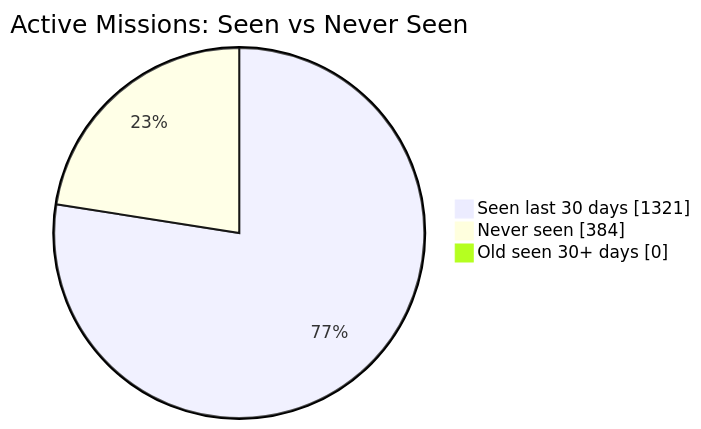
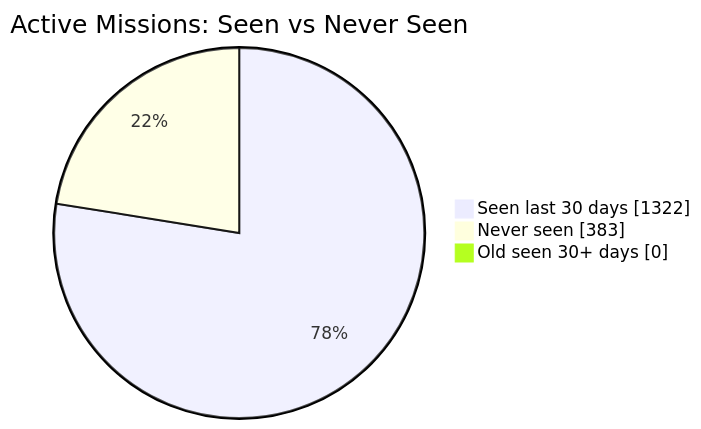
The first of 2 diagrams in README.md (MeldkamerspelGameTeam/active-missions), drawn with Mermaid before and after one commit. The commit also changed other lines of this file and 2 other files, not shown here.

````diff
--- a/README.md
+++ b/README.md
@@ -34,7 +34,7 @@
 ```mermaid
 pie showData
     title Active Missions: Seen vs Never Seen
-    "Seen last 30 days" : 1321
-    "Never seen" : 384
+    "Seen last 30 days" : 1322
+    "Never seen" : 383
     "Old seen 30+ days" : 0
 ```
````
